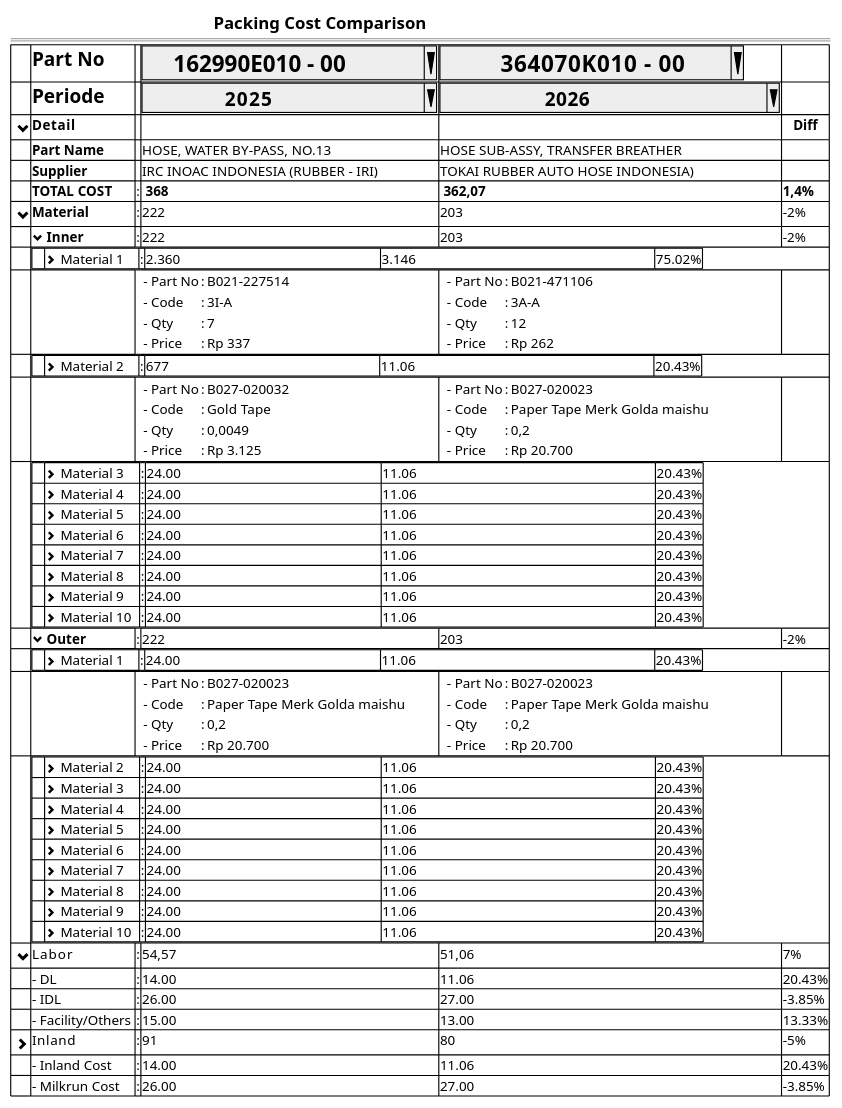
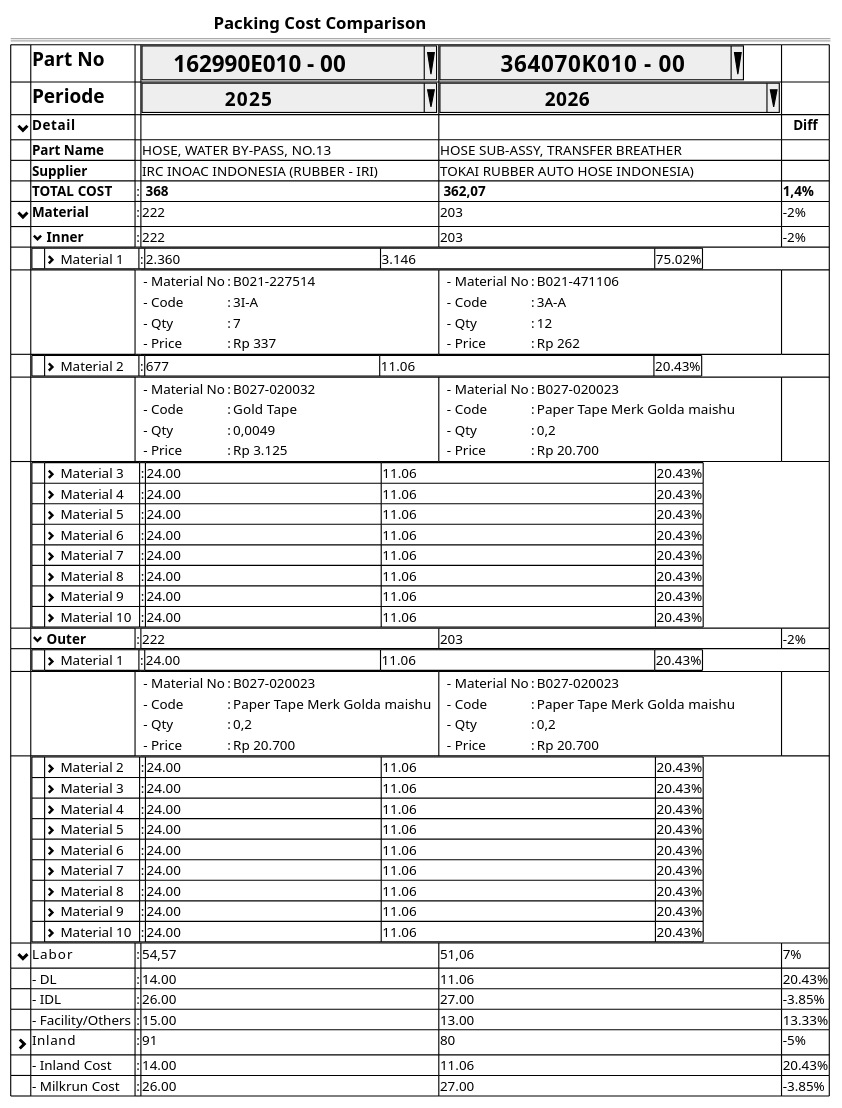
The diagram in PPR/comparison/comparison1b.puml (ari-fikri/packing-cost-mockup), drawn with PlantUML before and after one commit.

Commit message:
Change Part No label to Material No

```diff
--- a/PPR/comparison/comparison1b.puml
+++ b/PPR/comparison/comparison1b.puml
@@ -1,89 +1,89 @@
 @startsalt
 {
                                                             <b><size:15>Packing Cost Comparison
   ==
   {#
     |.|<b><size:17>Part No                    |.  |^<b><size:20>     162990E010 - 00           ^|^<b><size:20>         364070K010 - 00        ^|.|*
     |.|<b><size:17>Periode                    |.  |^<b><size:17>                 2025          ^|^<b><size:17>                     2026           ^|.|*
     |<size:15> <&chevron-bottom>     |<b>Detail           |  .| .                 | .             |   <b>Diff|*
     |.|<b>Part Name                  |.  |HOSE, WATER BY-PASS, NO.13         | HOSE SUB-ASSY, TRANSFER BREATHER        |.|*    
     |.|<b>Supplier                   |.  |IRC INOAC INDONESIA (RUBBER - IRI) | TOKAI RUBBER AUTO HOSE INDONESIA)       |.|*        
     |          .                  |<b>TOTAL COST            | : |<b> 368              |<b> 362,07          |<b>1,4% |*    
     |<size:15> <&chevron-bottom>  |<b>Material              | : | 222                 | 203                |-2%     |*
     |.                            |<&chevron-bottom><b> Inner              | : | 222                 | 203                |-2%     |*
     .|{#
         |   |<&chevron-right> Material 1    	               |:  |	2.360                                                         |	3.146                                                                    |75.02%  |*
       }|*|*|*|*|*      
       .|.|{ /' Cell 1'/
-        .| - Part No	 |:| B021-227514 |*
+        .| - Material No	 |:| B021-227514 |*
         .| - Code      |:| 3I-A        |*
         .| - Qty	     |:| 7           |*
         .| - Price 	   |:| Rp 337      |*
       }|*|{ /' Cell 2'/
-        .| - Part No	 |:| B021-471106 |*
+        .| - Material No	 |:| B021-471106 |*
         .| - Code      |:| 3A-A |*
         .| - Qty	     |:| 12         |*
         .| - Price 	   |:| Rp 262     |*
       }|*
     .|{#
         |   |<&chevron-right> Material 2    	               |:  | 677                                                            |	11.06                                                                    |20.43%  |*
       }|*|*|*|*|*
       .|.|{ /' Cell 1'/
-        .| - Part No	 |:| B027-020032 |*
+        .| - Material No	 |:| B027-020032 |*
         .| - Code      |:| Gold Tape   |*
         .| - Qty	     |:| 0,0049      |*
         .| - Price 	   |:| Rp 3.125    |*
       }|*|{ /' Cell 2'/
-        .| - Part No	 |:| B027-020023 |*
+        .| - Material No	 |:| B027-020023 |*
         .| - Code      |:| Paper Tape Merk Golda maishu |*
         .| - Qty	     |:| 0,2         |*
         .| - Price 	   |:| Rp 20.700   |*
       }|*
     .|{#
     |   |<&chevron-right> Material 3   |:  |	24.00                                                         |	11.06                                                                    |20.43%  |*
     |   |<&chevron-right> Material 4   |:  |	24.00                                                         |	11.06                                                                    |20.43%  |*
     |   |<&chevron-right> Material 5   |:  |	24.00                                                         |	11.06                                                                    |20.43%  |*
     |   |<&chevron-right> Material 6   |:  |	24.00                                                         |	11.06                                                                    |20.43%  |*
     |   |<&chevron-right> Material 7   |:  |	24.00                                                         |	11.06                                                                    |20.43%  |*
     |   |<&chevron-right> Material 8   |:  |	24.00                                                         |	11.06                                                                    |20.43%  |*
     |   |<&chevron-right> Material 9   |:  |	24.00                                                         |	11.06                                                                    |20.43%  |*
     |   |<&chevron-right> Material 10  |:  |	24.00                                                         |	11.06                                                                    |20.43%  |*
   }|*|*|*|*|*
     |.                            |<&chevron-bottom><b> Outer              | : | 222                 | 203                |-2%     |*
     .|{#
         |   |<&chevron-right> Material 1    	               |:  |	24.00                                                         |	11.06                                                                    |20.43%  |*
       }|*|*|*|*|*      
       .|.|{ /' Cell 1'/
-        .| - Part No	 |:| B027-020023 |*
+        .| - Material No	 |:| B027-020023 |*
         .| - Code      |:| Paper Tape Merk Golda maishu |*
         .| - Qty	     |:| 0,2         |*
         .| - Price 	   |:| Rp 20.700   |*
       }|*|{ /' Cell 2'/
-        .| - Part No	 |:| B027-020023 |*
+        .| - Material No	 |:| B027-020023 |*
         .| - Code      |:| Paper Tape Merk Golda maishu |*
         .| - Qty	     |:| 0,2         |*
         .| - Price 	   |:| Rp 20.700   |*
       }|*    
     .|{#
     |   |<&chevron-right> Material 2   |:  |	24.00                                                         |	11.06                                                                    |20.43%  |*
     |   |<&chevron-right> Material 3   |:  |	24.00                                                         |	11.06                                                                    |20.43%  |*
     |   |<&chevron-right> Material 4   |:  |	24.00                                                         |	11.06                                                                    |20.43%  |*
     |   |<&chevron-right> Material 5   |:  |	24.00                                                         |	11.06                                                                    |20.43%  |*
     |   |<&chevron-right> Material 6   |:  |	24.00                                                         |	11.06                                                                    |20.43%  |*
     |   |<&chevron-right> Material 7   |:  |	24.00                                                         |	11.06                                                                    |20.43%  |*
     |   |<&chevron-right> Material 8   |:  |	24.00                                                         |	11.06                                                                    |20.43%  |*
     |   |<&chevron-right> Material 9   |:  |	24.00                                                         |	11.06                                                                    |20.43%  |*
     |   |<&chevron-right> Material 10  |:  |	24.00                                                         |	11.06                                                                    |20.43%  |*
   }|*|*|*|*|*      
     |<size:15> <&chevron-bottom>  |Labor                 | : | 54,57               | 51,06              |7%      |*
     |.                            | - DL	               |:  |	14.00              |	11.06	            |20.43%  |*
     |.                            | - IDL	               |:  |	26.00              |	27.00	            |–3.85%  |*
     |.                            | - Facility/Others	   |:  |	15.00              |	13.00	            |13.33%  |*
       
     |<size:15> <&chevron-right>   |Inland                | : | 91                  | 80                 |-5%  |*    
     |.                            | - Inland Cost	       |:  |	14.00              |	11.06	            |20.43%  |*
     |.                            | - Milkrun Cost	      |:  |	26.00              |	27.00	            |–3.85%  |*    
   }
   
 }
 @endsalt
```
